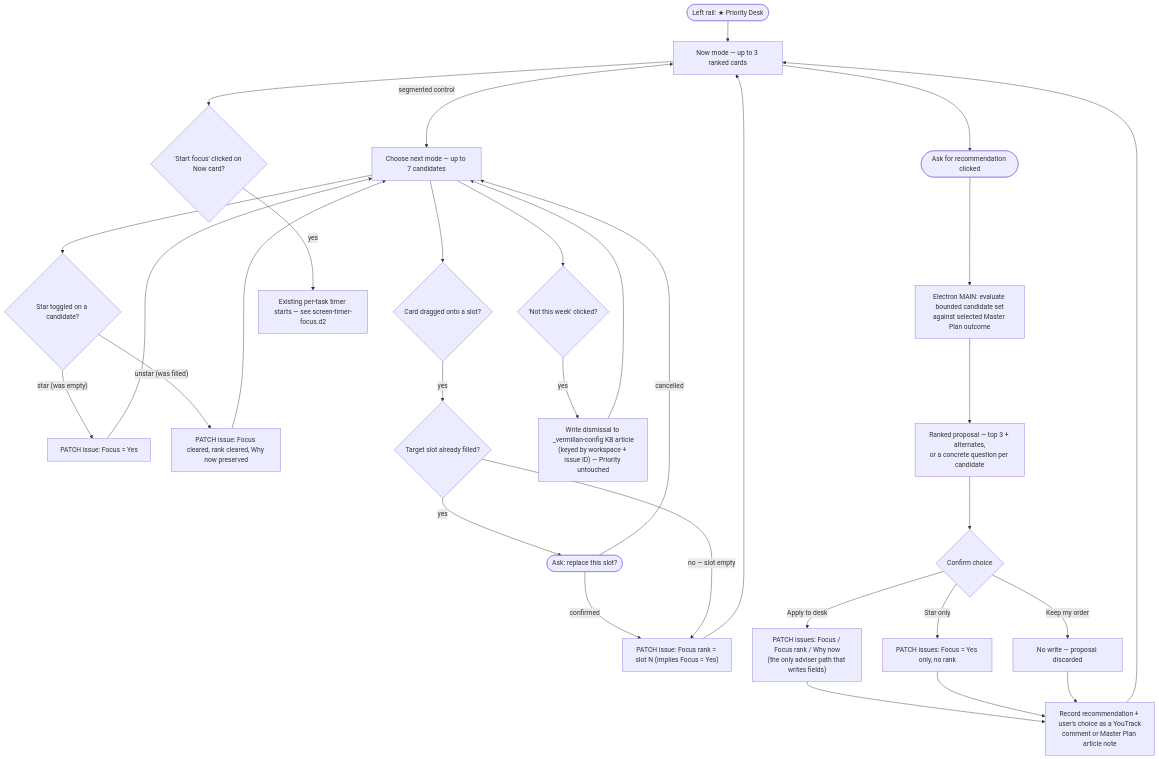
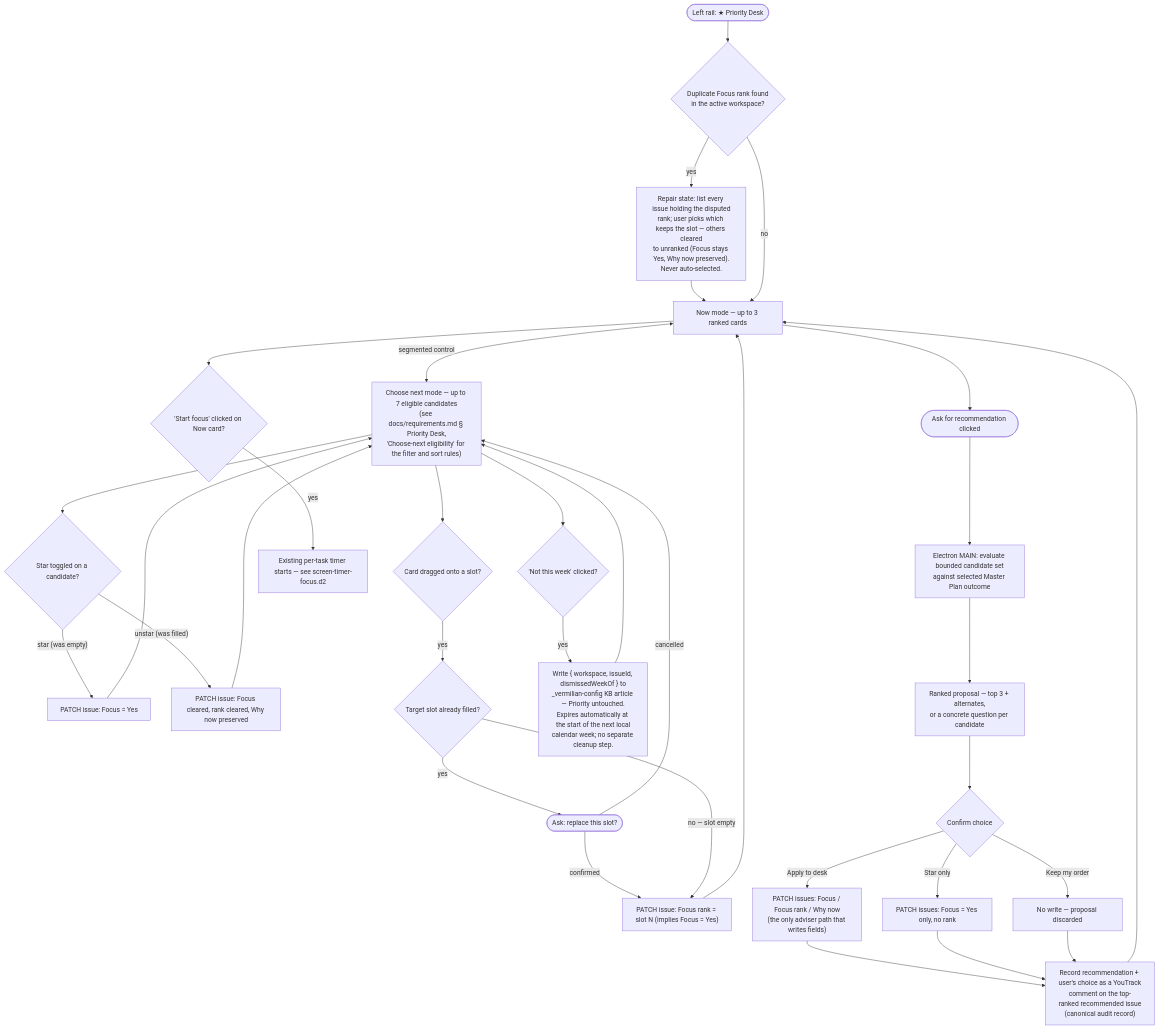
The diagram in docs/design/flow-priority-desk.mmd (kevinpinscoe/vermilian), drawn with Mermaid before and after one commit. The commit also changed 5 other files, not shown here.

First line of the commit message:
docs: harden Priority Desk requirements, ADR-0007, and wireframes

```diff
--- a/docs/design/flow-priority-desk.mmd
+++ b/docs/design/flow-priority-desk.mmd
@@ -1,77 +1,84 @@
 %%{init: {'theme': 'default'}}%%
 %% =============================================================================
 %% UI Flow — Priority Desk: navigation, ranking actions, and the AI recommendation
 %% Renderer:    Kroki (mermaid)  |  wiki.js (Kroki plugin or native Mermaid module)
 %% Reviewed:    2026-09-14
 %% Spec:        docs/requirements.md (§ Priority Desk), ADR-0007
 %% Related:     screen-priority-desk-now.d2, screen-priority-desk-choose-next.d2,
 %%              screen-priority-desk-recommendation.d2 (the three screens this
 %%              flow connects)
 %%              screen-timer-focus.d2 ("Start focus" hand-off)
 %%              flow-create-task-ai.mmd (the other AI-boundary flow in this app —
 %%              same MAIN-process-only rule for the Claude API key)
 %% What this depicts: the full Priority Desk interaction surface across its two
 %% modes and the delivery-4 AI adviser. Every path that mutates Focus/Focus
 %% rank/Why now is drawn explicitly; every other path is read-only. The adviser
 %% call runs in the Electron MAIN process, matching flow-create-task-ai.mmd.
+%% Also depicts the Focus-rank invariant's repair path (docs/requirements.md
+%% § Priority Desk, "Focus-rank invariant") — duplicate ranks are never
+%% resolved automatically.
 %% =============================================================================
 
 flowchart TD
 
     RAIL(["Left rail: ★ Priority Desk"])
+    DUPCHECK{"Duplicate Focus rank found\nin the active workspace?"}
+    REPAIR["Repair state: list every issue holding the disputed\nrank; user picks which keeps the slot — others cleared\nto unranked (Focus stays Yes, Why now preserved).\nNever auto-selected."]
     NOW["Now mode — up to 3 ranked cards"]
-    CHOOSE["Choose next mode — up to 7 candidates"]
+    CHOOSE["Choose next mode — up to 7 eligible candidates\n(see docs/requirements.md § Priority Desk,\n'Choose-next eligibility' for the filter and sort rules)"]
 
     STAR{"Star toggled on a candidate?"}
     SETFOCUS["PATCH issue: Focus = Yes"]
     UNSTAR["PATCH issue: Focus cleared, rank cleared, Why now preserved"]
 
     DRAG{"Card dragged onto a slot?"}
     FULL{"Target slot already filled?"}
     ASKREPLACE(["Ask: replace this slot?"])
     SETRANK["PATCH issue: Focus rank = slot N (implies Focus = Yes)"]
 
     DISMISS{"'Not this week' clicked?"}
-    PERSISTDISMISS["Write dismissal to _vermilian-config KB article\n(keyed by workspace + issue ID) — Priority untouched"]
+    PERSISTDISMISS["Write { workspace, issueId, dismissedWeekOf } to\n_vermilian-config KB article — Priority untouched.\nExpires automatically at the start of the next local\ncalendar week; no separate cleanup step."]
 
     STARTFOCUS{"'Start focus' clicked on Now card?"}
     TIMER["Existing per-task timer starts — see screen-timer-focus.d2"]
 
     ASKBTN(["Ask for recommendation clicked"])
     CALL["Electron MAIN: evaluate bounded candidate set\nagainst selected Master Plan outcome"]
     RECOS["Ranked proposal — top 3 + alternates,\nor a concrete question per candidate"]
 
     CONFIRM{"Confirm choice"}
     APPLY["PATCH issues: Focus / Focus rank / Why now\n(the only adviser path that writes fields)"]
     STARONLY["PATCH issues: Focus = Yes only, no rank"]
     KEEPORDER["No write — proposal discarded"]
-    RECORD["Record recommendation + user's choice as a YouTrack\ncomment or Master Plan article note"]
+    RECORD["Record recommendation + user's choice as a YouTrack\ncomment on the top-ranked recommended issue\n(canonical audit record)"]
 
-    RAIL --> NOW
+    RAIL --> DUPCHECK
+    DUPCHECK -->|"yes"| REPAIR --> NOW
+    DUPCHECK -->|"no"| NOW
     NOW <-->|"segmented control"| CHOOSE
 
     CHOOSE --> STAR
     STAR -->|"star (was empty)"| SETFOCUS --> CHOOSE
     STAR -->|"unstar (was filled)"| UNSTAR --> CHOOSE
 
     CHOOSE --> DRAG
     DRAG -->|"yes"| FULL
     FULL -->|"yes"| ASKREPLACE
     ASKREPLACE -->|"confirmed"| SETRANK
     ASKREPLACE -->|"cancelled"| CHOOSE
     FULL -->|"no — slot empty"| SETRANK
     SETRANK --> NOW
 
     CHOOSE --> DISMISS
     DISMISS -->|"yes"| PERSISTDISMISS --> CHOOSE
 
     NOW --> STARTFOCUS
     STARTFOCUS -->|"yes"| TIMER
 
     NOW --> ASKBTN
     ASKBTN --> CALL
     CALL --> RECOS
     RECOS --> CONFIRM
     CONFIRM -->|"Apply to desk"| APPLY --> RECORD --> NOW
     CONFIRM -->|"Star only"| STARONLY --> RECORD
     CONFIRM -->|"Keep my order"| KEEPORDER --> RECORD
```
